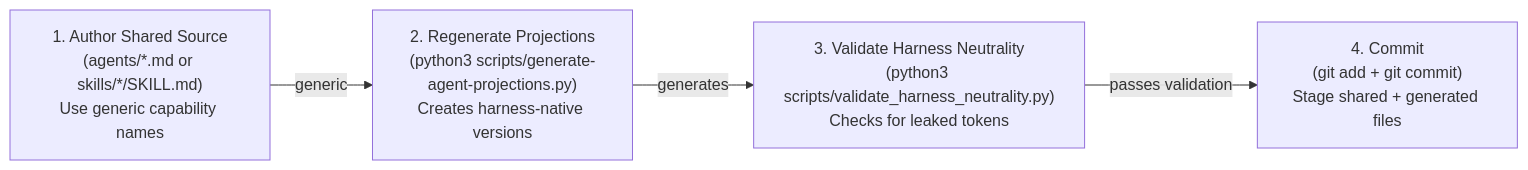
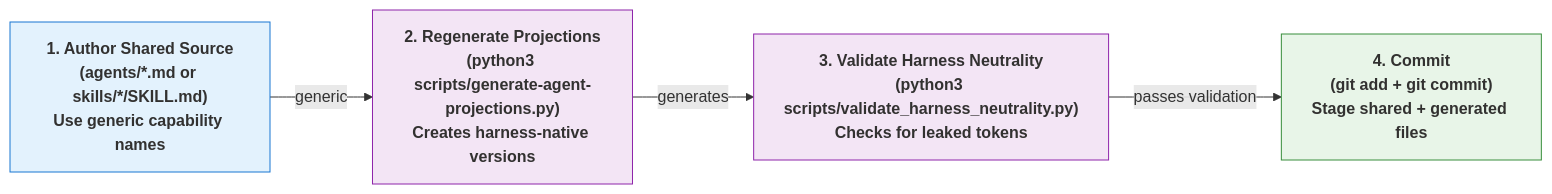
Before and after one commit to russell-laing/al-dev-shared: the second of 6 diagrams in docs/projection-layer-readme.md, drawn with Mermaid. The commit also changed other lines of this file, not shown here.

First line of the commit message:
docs: standardize mermaid diagram color palette

````diff
--- a/docs/projection-layer-readme.md
+++ b/docs/projection-layer-readme.md
@@ -196,6 +207,15 @@
 ```mermaid
 graph LR
     A["1. Author Shared Source<br/>(agents/*.md or skills/*/SKILL.md)<br/>Use generic capability names"] -->|generic| B["2. Regenerate Projections<br/>(python3 scripts/generate-agent-projections.py)<br/>Creates harness-native versions"]
     B -->|generates| C["3. Validate Harness Neutrality<br/>(python3 scripts/validate_harness_neutrality.py)<br/>Checks for leaked tokens"]
     C -->|passes validation| D["4. Commit<br/>(git add + git commit)<br/>Stage shared + generated files"]
+
+    classDef input fill:#e3f2fd,stroke:#1976d2,color:#323130,font-weight:bold
+    classDef process fill:#f3e5f5,stroke:#8e24aa,color:#323130,font-weight:bold
+    classDef output fill:#e8f5e8,stroke:#388e3c,color:#323130,font-weight:bold
+
+    class A input
+    class B process
+    class C process
+    class D output
 ```
````
